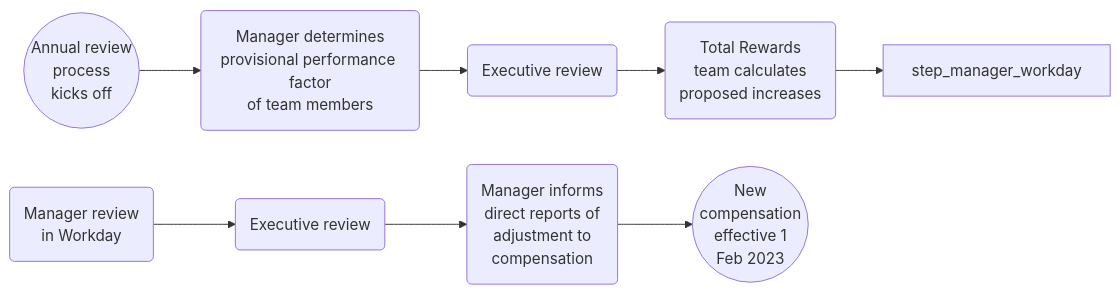
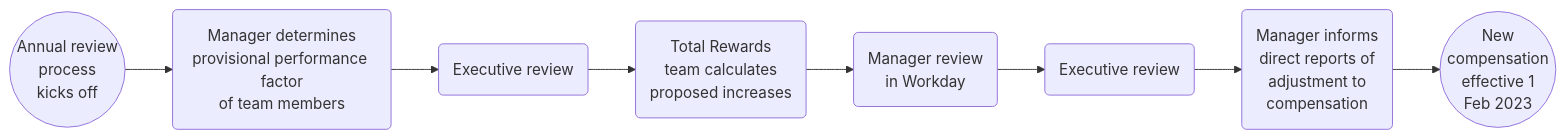
Before and after one commit to secretstartups/handbook: the diagram in total-rewards/compensation/compensation-review-cycle/index.html.md, drawn with Mermaid. The commit also changed other lines of this file, not shown here.

````diff
--- a/total-rewards/compensation/compensation-review-cycle/index.html.md
+++ b/total-rewards/compensation/compensation-review-cycle/index.html.md
@@ -28,19 +28,19 @@
 ```mermaid
 graph LR
     start((Annual review<br/>process<br/>kicks off))
     step_manager_review(Manager determines<br/>provisional performance factor<br/>of team members)
     step_exec_review_1(Executive review)
     step_tr_calculate(Total Rewards<br/>team calculates<br/>proposed increases)
-    step_manager_compaas(Manager review<br/>in Workday)
+    step_manager_workday(Manager review<br/>in Workday)
     step_exec_review_2(Executive review)
     step_manager_final(Manager informs<br/>direct reports of<br/>adjustment to<br/> compensation)
     stop((New<br/>compensation<br/>effective 1<br/>Feb 2023))
 
     start-->step_manager_review
     step_manager_review-->step_exec_review_1
     step_exec_review_1-->step_tr_calculate
     step_tr_calculate-->step_manager_workday
-    step_manager_compaas-->step_exec_review_2
+    step_manager_workday-->step_exec_review_2
     step_exec_review_2-->step_manager_final
     step_manager_final-->stop
 ```
````
